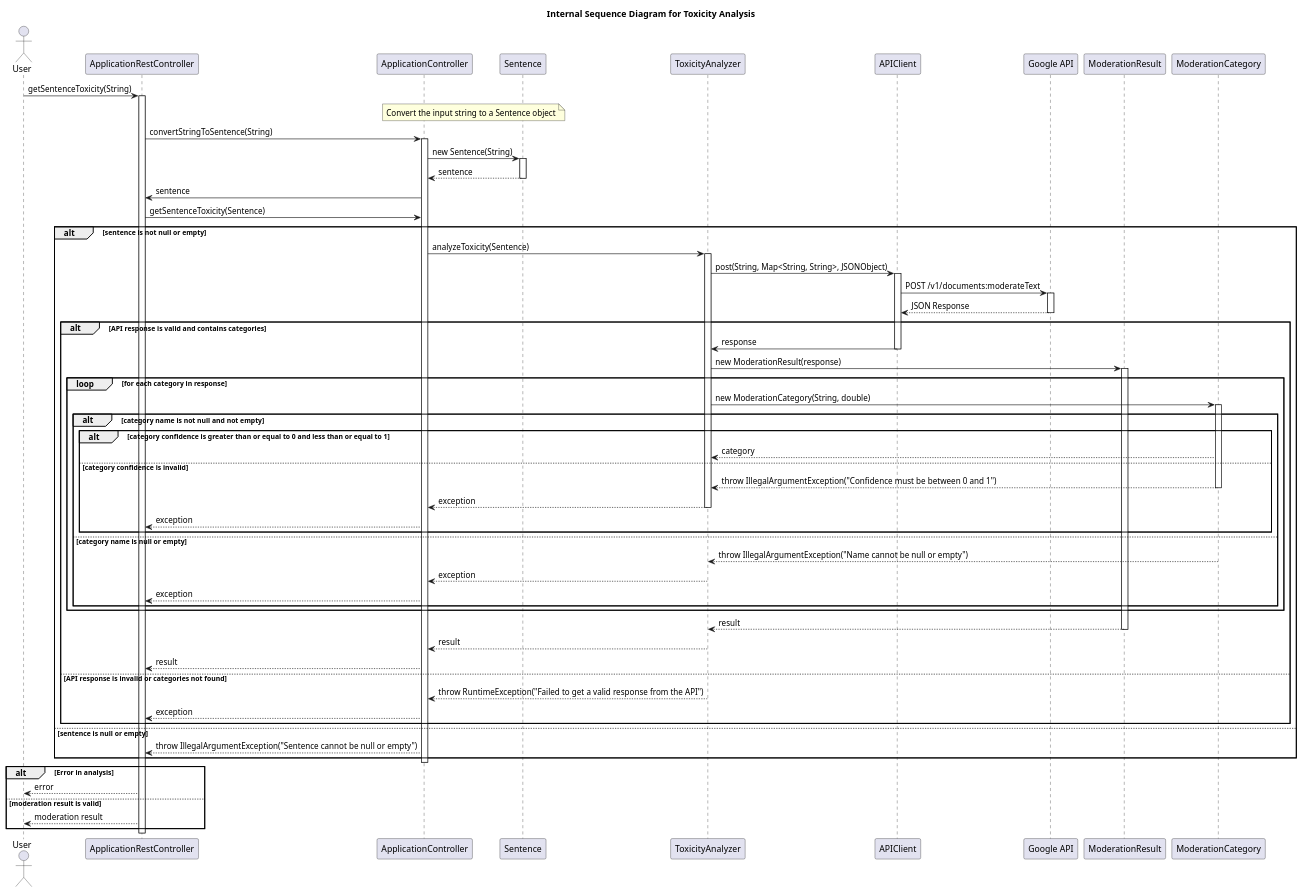
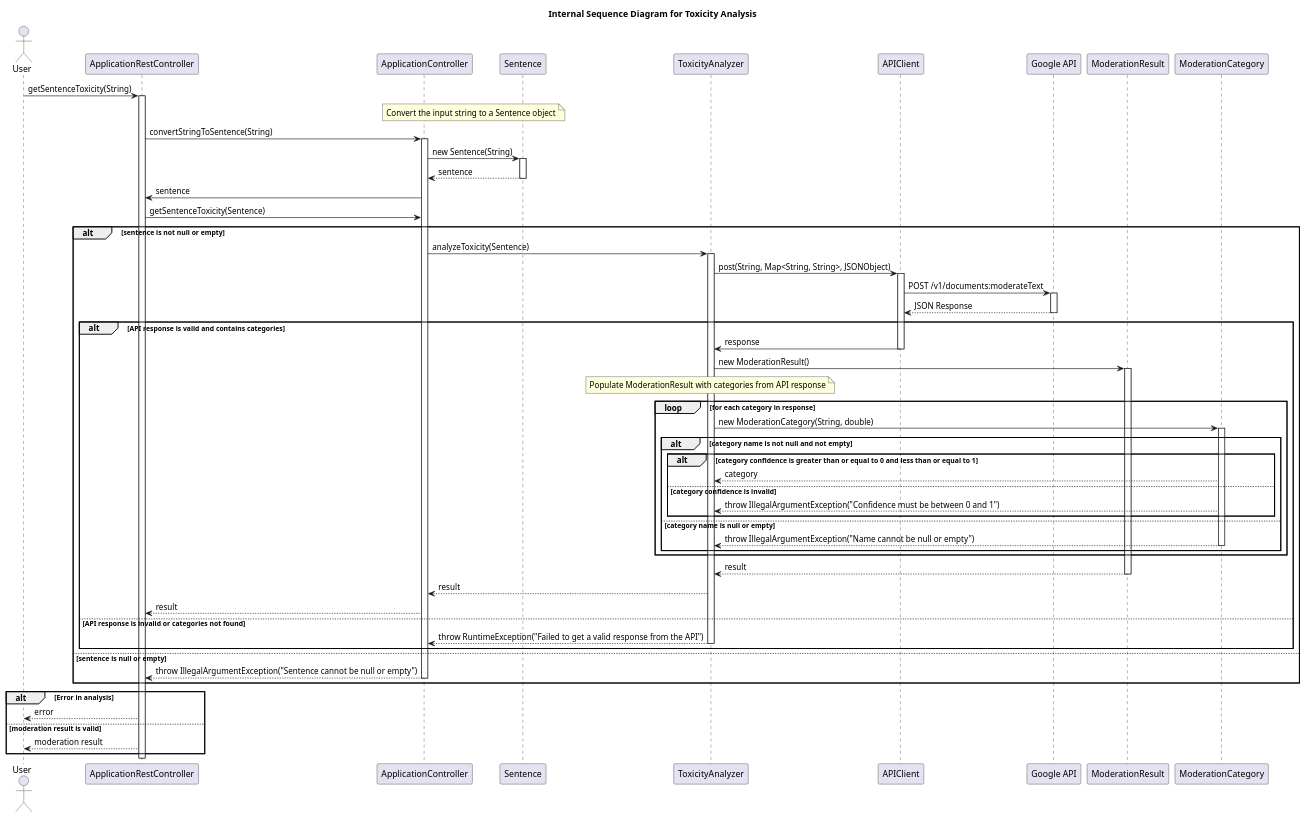
The diagram in docs/diagrams/internal-sequence/toxicity-analysis.plantuml (liamtoaldo/NonSenseGenerator), drawn with PlantUML before and after one commit.

Commit message:
FIX - toxicity diagram diagram

```diff
--- a/docs/diagrams/internal-sequence/toxicity-analysis.plantuml
+++ b/docs/diagrams/internal-sequence/toxicity-analysis.plantuml
@@ -1,82 +1,74 @@
 @startuml
 title Internal Sequence Diagram for Toxicity Analysis
 actor User
 participant "ApplicationRestController"
 participant "ApplicationController"
 participant "Sentence"
 participant "ToxicityAnalyzer"
 participant "APIClient"
 participant "Google API"
 participant "ModerationResult"
 participant "ModerationCategory"
 
 User -> ApplicationRestController: getSentenceToxicity(String)
 activate ApplicationRestController
 note over ApplicationController, Sentence: Convert the input string to a Sentence object
 ApplicationRestController -> ApplicationController: convertStringToSentence(String)
 activate ApplicationController
 ApplicationController -> Sentence: new Sentence(String)
 activate Sentence
 Sentence --> ApplicationController: sentence
 deactivate Sentence
 ApplicationController -> ApplicationRestController: sentence
 ApplicationRestController -> ApplicationController: getSentenceToxicity(Sentence)
 alt sentence is not null or empty
     ApplicationController -> ToxicityAnalyzer: analyzeToxicity(Sentence)
     activate ToxicityAnalyzer
 
     ToxicityAnalyzer -> APIClient: post(String, Map<String, String>, JSONObject)
     activate APIClient
     APIClient -> "Google API": POST /v1/documents:moderateText
     activate "Google API"
     "Google API" --> APIClient: JSON Response
     deactivate "Google API"
     alt API response is valid and contains categories
         APIClient -> ToxicityAnalyzer: response
         deactivate APIClient
-        ToxicityAnalyzer -> ModerationResult: new ModerationResult(response)
+        ToxicityAnalyzer -> ModerationResult: new ModerationResult()
+        note over ToxicityAnalyzer: Populate ModerationResult with categories from API response
         activate ModerationResult
         loop for each category in response
             ToxicityAnalyzer -> ModerationCategory: new ModerationCategory(String, double)
             activate ModerationCategory
             alt category name is not null and not empty
                 alt category confidence is greater than or equal to 0 and less than or equal to 1
                     ModerationCategory --> ToxicityAnalyzer: category
                 else category confidence is invalid
                     ModerationCategory --> ToxicityAnalyzer: throw IllegalArgumentException("Confidence must be between 0 and 1")
-                    deactivate ModerationCategory
-                    ToxicityAnalyzer --> ApplicationController: exception
-                    deactivate ToxicityAnalyzer
-                    ApplicationController --> ApplicationRestController: exception
                 end
             else category name is null or empty
                 ModerationCategory --> ToxicityAnalyzer: throw IllegalArgumentException("Name cannot be null or empty")
                 deactivate ModerationCategory
-                ToxicityAnalyzer --> ApplicationController: exception
-                deactivate ToxicityAnalyzer
-                ApplicationController --> ApplicationRestController: exception
             end
             deactivate ModerationCategory
         end
         ModerationResult --> ToxicityAnalyzer: result
         deactivate ModerationResult
         ToxicityAnalyzer --> ApplicationController: result
         ApplicationController --> ApplicationRestController: result
     else API response is invalid or categories not found
         ToxicityAnalyzer --> ApplicationController: throw RuntimeException("Failed to get a valid response from the API")
         deactivate ToxicityAnalyzer
-        ApplicationController --> ApplicationRestController: exception
     end
-    deactivate ToxicityAnalyzer
 else sentence is null or empty
     ApplicationController --> ApplicationRestController: throw IllegalArgumentException("Sentence cannot be null or empty")
+    deactivate ApplicationController
 end
-deactivate ApplicationController
 
 alt Error in analysis
     ApplicationRestController --> User: error
 else moderation result is valid
     ApplicationRestController --> User: moderation result
 end
 deactivate ApplicationRestController
 @enduml
```
